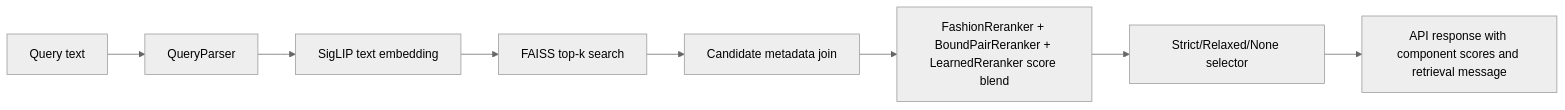
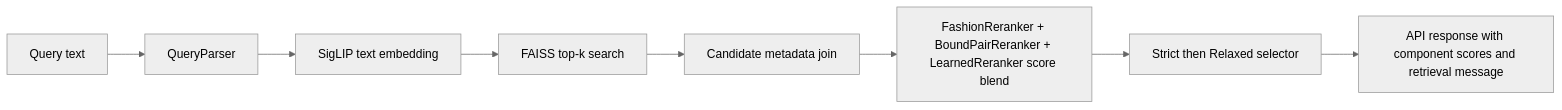
Before and after one commit to deepakpro190/glance-1: the diagram in README.md, drawn with Mermaid (neutral theme). The commit also changed other lines of this file and 2 other files, not shown here.

Commit message:
Update README and align relaxed retrieval behavior

````diff
--- a/README.md
+++ b/README.md
@@ -21,10 +38,10 @@
 ```mermaid
 flowchart LR
         Q[Query text] --> P[QueryParser]
         P --> E[SigLIP text embedding]
         E --> F[FAISS top-k search]
         F --> C[Candidate metadata join]
         C --> R[FashionReranker + BoundPairReranker + LearnedReranker score blend]
-        R --> M[Strict/Relaxed/None selector]
+    R --> M[Strict then Relaxed selector]
         M --> A[API response with component scores and retrieval message]
 ```
````
